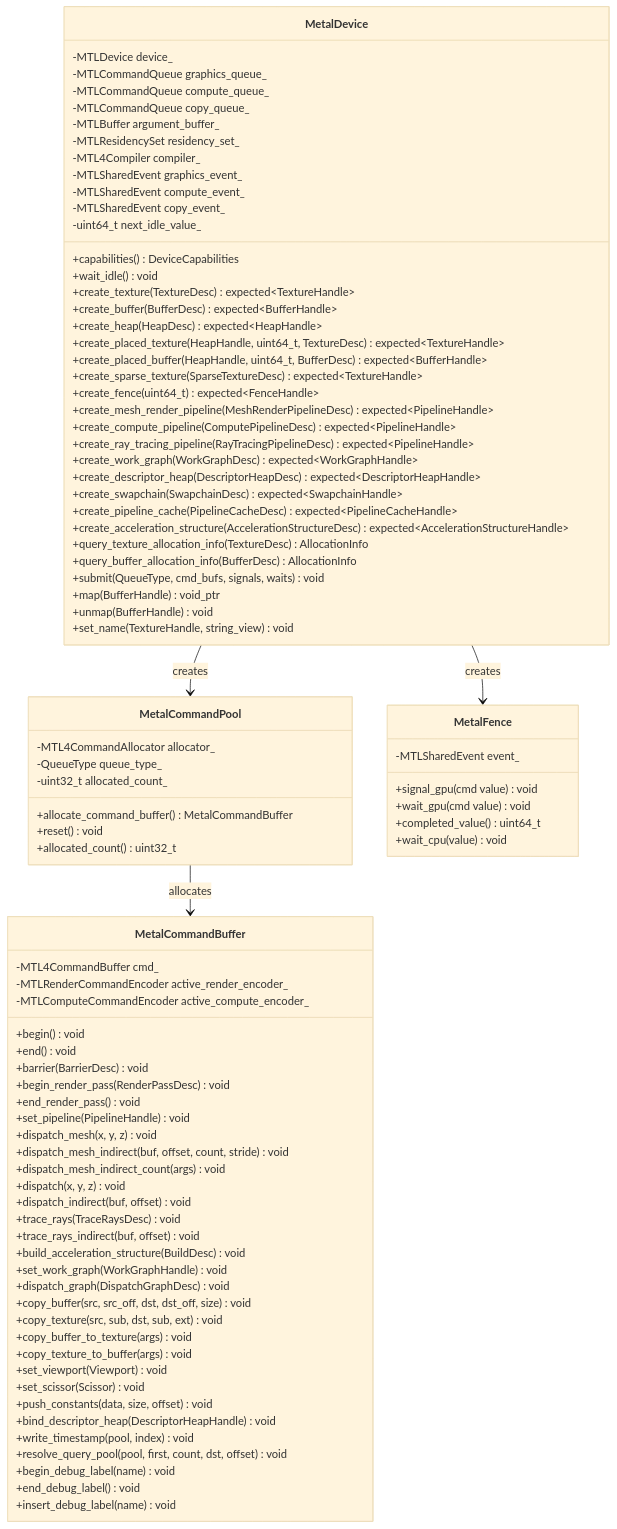
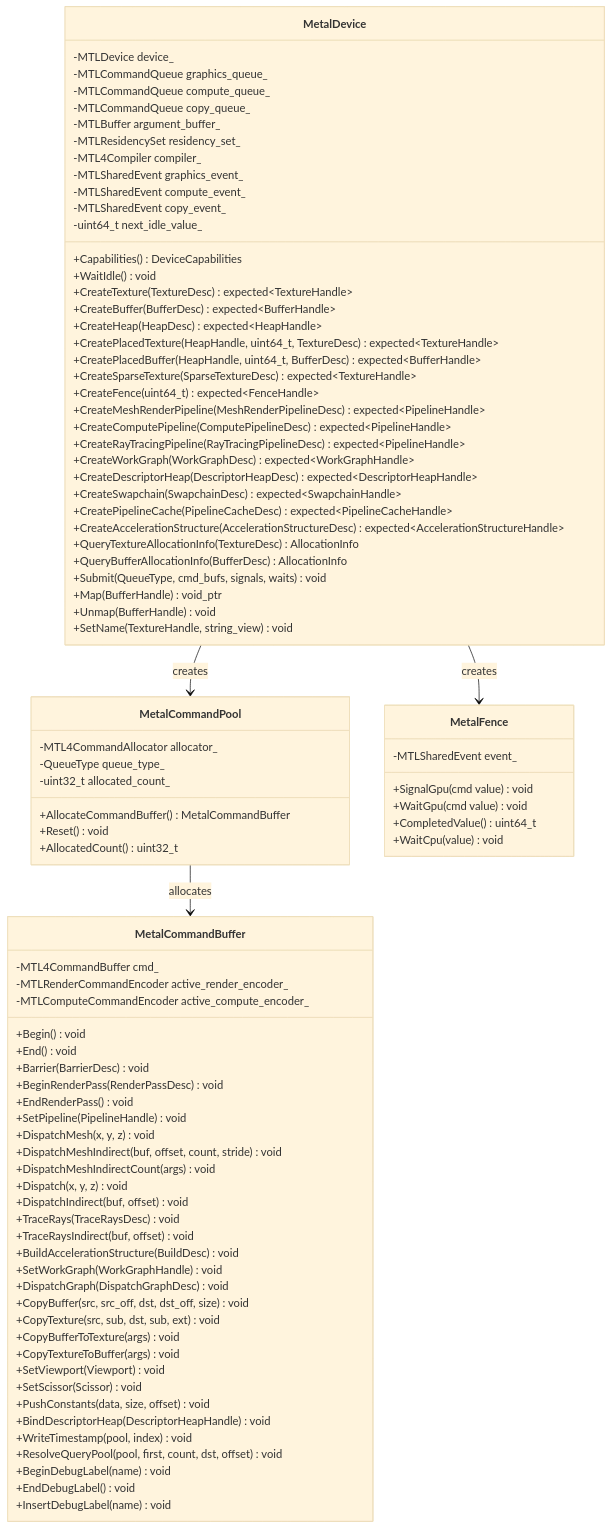
One commit to harmonius-dev/harmonius changed the first of 7 diagrams in docs/design/gpu-backend-metal-classes.md. Above: the diagram before and after it, drawn with Mermaid (base theme). The commit also changed other lines of this file and 67 other files, not shown here.

```diff
--- a/docs/design/gpu-backend-metal-classes.md
+++ b/docs/design/gpu-backend-metal-classes.md
@@ -52,78 +52,78 @@
         -MTLSharedEvent compute_event_
         -MTLSharedEvent copy_event_
         -uint64_t next_idle_value_
-        +capabilities() DeviceCapabilities
-        +wait_idle() void
-        +create_texture(TextureDesc) expected~TextureHandle~
-        +create_buffer(BufferDesc) expected~BufferHandle~
-        +create_heap(HeapDesc) expected~HeapHandle~
-        +create_placed_texture(HeapHandle, uint64_t, TextureDesc) expected~TextureHandle~
-        +create_placed_buffer(HeapHandle, uint64_t, BufferDesc) expected~BufferHandle~
-        +create_sparse_texture(SparseTextureDesc) expected~TextureHandle~
-        +create_fence(uint64_t) expected~FenceHandle~
-        +create_mesh_render_pipeline(MeshRenderPipelineDesc) expected~PipelineHandle~
-        +create_compute_pipeline(ComputePipelineDesc) expected~PipelineHandle~
-        +create_ray_tracing_pipeline(RayTracingPipelineDesc) expected~PipelineHandle~
-        +create_work_graph(WorkGraphDesc) expected~WorkGraphHandle~
-        +create_descriptor_heap(DescriptorHeapDesc) expected~DescriptorHeapHandle~
-        +create_swapchain(SwapchainDesc) expected~SwapchainHandle~
-        +create_pipeline_cache(PipelineCacheDesc) expected~PipelineCacheHandle~
-        +create_acceleration_structure(AccelerationStructureDesc) expected~AccelerationStructureHandle~
-        +query_texture_allocation_info(TextureDesc) AllocationInfo
-        +query_buffer_allocation_info(BufferDesc) AllocationInfo
-        +submit(QueueType, cmd_bufs, signals, waits) void
-        +map(BufferHandle) void_ptr
-        +unmap(BufferHandle) void
-        +set_name(TextureHandle, string_view) void
+        +Capabilities() DeviceCapabilities
+        +WaitIdle() void
+        +CreateTexture(TextureDesc) expected~TextureHandle~
+        +CreateBuffer(BufferDesc) expected~BufferHandle~
+        +CreateHeap(HeapDesc) expected~HeapHandle~
+        +CreatePlacedTexture(HeapHandle, uint64_t, TextureDesc) expected~TextureHandle~
+        +CreatePlacedBuffer(HeapHandle, uint64_t, BufferDesc) expected~BufferHandle~
+        +CreateSparseTexture(SparseTextureDesc) expected~TextureHandle~
+        +CreateFence(uint64_t) expected~FenceHandle~
+        +CreateMeshRenderPipeline(MeshRenderPipelineDesc) expected~PipelineHandle~
+        +CreateComputePipeline(ComputePipelineDesc) expected~PipelineHandle~
+        +CreateRayTracingPipeline(RayTracingPipelineDesc) expected~PipelineHandle~
+        +CreateWorkGraph(WorkGraphDesc) expected~WorkGraphHandle~
+        +CreateDescriptorHeap(DescriptorHeapDesc) expected~DescriptorHeapHandle~
+        +CreateSwapchain(SwapchainDesc) expected~SwapchainHandle~
+        +CreatePipelineCache(PipelineCacheDesc) expected~PipelineCacheHandle~
+        +CreateAccelerationStructure(AccelerationStructureDesc) expected~AccelerationStructureHandle~
+        +QueryTextureAllocationInfo(TextureDesc) AllocationInfo
+        +QueryBufferAllocationInfo(BufferDesc) AllocationInfo
+        +Submit(QueueType, cmd_bufs, signals, waits) void
+        +Map(BufferHandle) void_ptr
+        +Unmap(BufferHandle) void
+        +SetName(TextureHandle, string_view) void
     }
     class MetalCommandPool {
         -MTL4CommandAllocator allocator_
         -QueueType queue_type_
         -uint32_t allocated_count_
-        +allocate_command_buffer() MetalCommandBuffer
-        +reset() void
-        +allocated_count() uint32_t
+        +AllocateCommandBuffer() MetalCommandBuffer
+        +Reset() void
+        +AllocatedCount() uint32_t
     }
     class MetalCommandBuffer {
         -MTL4CommandBuffer cmd_
         -MTLRenderCommandEncoder active_render_encoder_
         -MTLComputeCommandEncoder active_compute_encoder_
-        +begin() void
-        +end() void
-        +barrier(BarrierDesc) void
-        +begin_render_pass(RenderPassDesc) void
-        +end_render_pass() void
-        +set_pipeline(PipelineHandle) void
-        +dispatch_mesh(x, y, z) void
-        +dispatch_mesh_indirect(buf, offset, count, stride) void
-        +dispatch_mesh_indirect_count(args) void
-        +dispatch(x, y, z) void
-        +dispatch_indirect(buf, offset) void
-        +trace_rays(TraceRaysDesc) void
-        +trace_rays_indirect(buf, offset) void
-        +build_acceleration_structure(BuildDesc) void
-        +set_work_graph(WorkGraphHandle) void
-        +dispatch_graph(DispatchGraphDesc) void
-        +copy_buffer(src, src_off, dst, dst_off, size) void
-        +copy_texture(src, sub, dst, sub, ext) void
-        +copy_buffer_to_texture(args) void
-        +copy_texture_to_buffer(args) void
-        +set_viewport(Viewport) void
-        +set_scissor(Scissor) void
-        +push_constants(data, size, offset) void
-        +bind_descriptor_heap(DescriptorHeapHandle) void
-        +write_timestamp(pool, index) void
-        +resolve_query_pool(pool, first, count, dst, offset) void
-        +begin_debug_label(name) void
-        +end_debug_label() void
-        +insert_debug_label(name) void
+        +Begin() void
+        +End() void
+        +Barrier(BarrierDesc) void
+        +BeginRenderPass(RenderPassDesc) void
+        +EndRenderPass() void
+        +SetPipeline(PipelineHandle) void
+        +DispatchMesh(x, y, z) void
+        +DispatchMeshIndirect(buf, offset, count, stride) void
+        +DispatchMeshIndirectCount(args) void
+        +Dispatch(x, y, z) void
+        +DispatchIndirect(buf, offset) void
+        +TraceRays(TraceRaysDesc) void
+        +TraceRaysIndirect(buf, offset) void
+        +BuildAccelerationStructure(BuildDesc) void
+        +SetWorkGraph(WorkGraphHandle) void
+        +DispatchGraph(DispatchGraphDesc) void
+        +CopyBuffer(src, src_off, dst, dst_off, size) void
+        +CopyTexture(src, sub, dst, sub, ext) void
+        +CopyBufferToTexture(args) void
+        +CopyTextureToBuffer(args) void
+        +SetViewport(Viewport) void
+        +SetScissor(Scissor) void
+        +PushConstants(data, size, offset) void
+        +BindDescriptorHeap(DescriptorHeapHandle) void
+        +WriteTimestamp(pool, index) void
+        +ResolveQueryPool(pool, first, count, dst, offset) void
+        +BeginDebugLabel(name) void
+        +EndDebugLabel() void
+        +InsertDebugLabel(name) void
     }
     class MetalFence {
         -MTLSharedEvent event_
-        +signal_gpu(cmd value) void
-        +wait_gpu(cmd value) void
-        +completed_value() uint64_t
-        +wait_cpu(value) void
+        +SignalGpu(cmd value) void
+        +WaitGpu(cmd value) void
+        +CompletedValue() uint64_t
+        +WaitCpu(value) void
     }
     MetalDevice --> MetalCommandPool : creates
     MetalCommandPool --> MetalCommandBuffer : allocates
```
